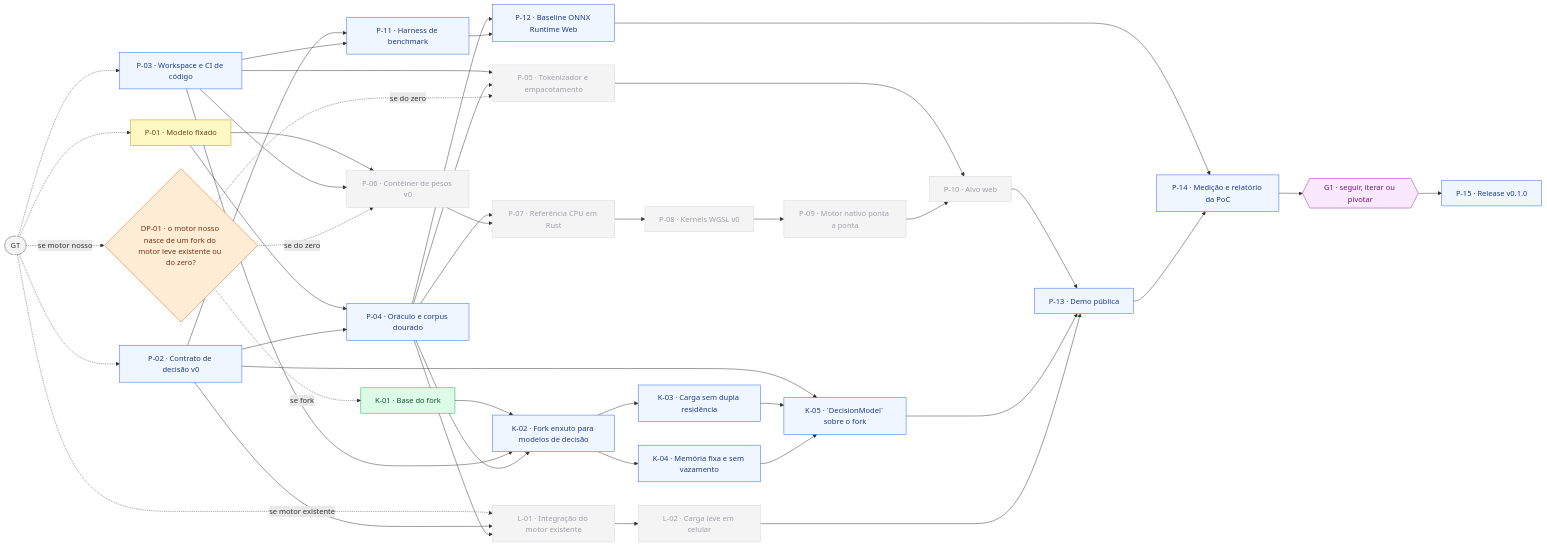
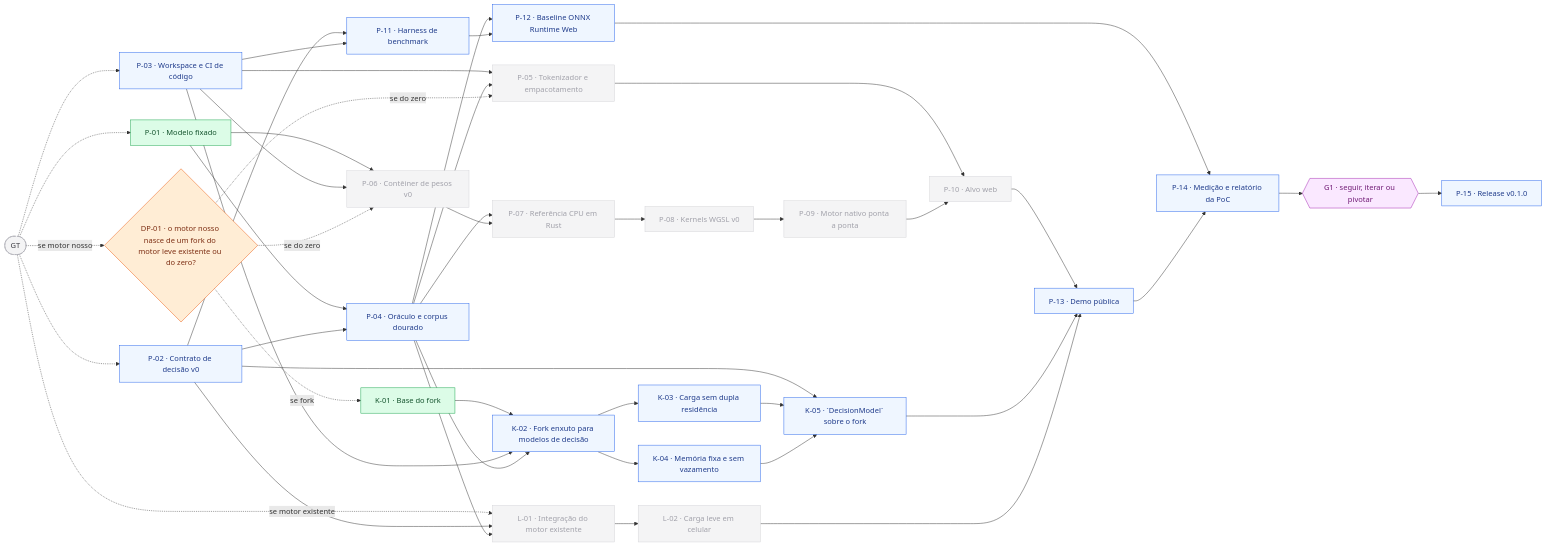
The fourth of 10 diagrams in ROADMAP.md (frederico-kluser/som-webcore), drawn with Mermaid before and after one commit. The commit also changed other lines of this file, not shown here.

First line of the commit message:
docs(roadmap): P-01 feita

````diff
--- a/ROADMAP.md
+++ b/ROADMAP.md
@@ -1095,78 +1095,78 @@
 ```mermaid
 flowchart LR
     GT(["GT"]):::ext
-    P01["P-01 · Modelo fixado"]:::doing
+    P01["P-01 · Modelo fixado"]:::done
     P02["P-02 · Contrato de decisão v0"]:::todo
     P03["P-03 · Workspace e CI de código"]:::todo
     DP01{"DP-01 · o motor nosso nasce de um fork do motor leve existente ou do zero?"}:::fork
     P04["P-04 · Oráculo e corpus dourado"]:::todo
     P11["P-11 · Harness de benchmark"]:::todo
     P06["P-06 · Contêiner de pesos v0"]:::off
     K01["K-01 · Base do fork"]:::done
     P05["P-05 · Tokenizador e empacotamento"]:::off
     L01["L-01 · Integração do motor existente"]:::off
     P12["P-12 · Baseline ONNX Runtime Web"]:::todo
     P07["P-07 · Referência CPU em Rust"]:::off
     K02["K-02 · Fork enxuto para modelos de decisão"]:::todo
     L02["L-02 · Carga leve em celular"]:::off
     P08["P-08 · Kernels WGSL v0"]:::off
     K03["K-03 · Carga sem dupla residência"]:::todo
     K04["K-04 · Memória fixa e sem vazamento"]:::todo
     P09["P-09 · Motor nativo ponta a ponta"]:::off
     K05["K-05 · `DecisionModel` sobre o fork"]:::todo
     P10["P-10 · Alvo web"]:::off
     P13["P-13 · Demo pública"]:::todo
     P14["P-14 · Medição e relatório da PoC"]:::todo
     G1{{"G1 · seguir, iterar ou pivotar"}}:::gate
     P15["P-15 · Release v0.1.0"]:::todo
     GT -.-> P01
     GT -.-> P02
     GT -.-> P03
     GT -.->|"se motor nosso"| DP01
     P01 --> P04
     P02 --> P04
     P02 --> P11
     P03 --> P11
     P01 --> P06
     P03 --> P06
     DP01 -.->|"se do zero"| P06
     DP01 -.->|"se fork"| K01
     P03 --> P05
     P04 --> P05
     DP01 -.->|"se do zero"| P05
     GT -.->|"se motor existente"| L01
     P02 --> L01
     P04 --> L01
     P04 --> P12
     P11 --> P12
     P04 --> P07
     P06 --> P07
     K01 --> K02
     P03 --> K02
     P04 --> K02
     L01 --> L02
     P07 --> P08
     K02 --> K03
     K02 --> K04
     P08 --> P09
     P02 --> K05
     K03 --> K05
     K04 --> K05
     P05 --> P10
     P09 --> P10
     P10 --> P13
     K05 --> P13
     L02 --> P13
     P12 --> P14
     P13 --> P14
     P14 --> G1
     G1 --> P15
     classDef done fill:#dcfce7,stroke:#16a34a,color:#14532d;
     classDef doing fill:#fef9c3,stroke:#ca8a04,color:#713f12;
     classDef todo fill:#eff6ff,stroke:#2563eb,color:#1e3a8a;
     classDef gate fill:#fae8ff,stroke:#a21caf,color:#701a75;
     classDef fork fill:#ffedd5,stroke:#ea580c,color:#7c2d12;
     classDef opt fill:#f8fafc,stroke:#64748b,color:#334155,stroke-dasharray: 5 4;
     classDef off fill:#f4f4f5,stroke:#d4d4d8,color:#a1a1aa;
     classDef ext fill:#f4f4f5,stroke:#a1a1aa,color:#3f3f46,stroke-dasharray: 4 3;
 ```
````
